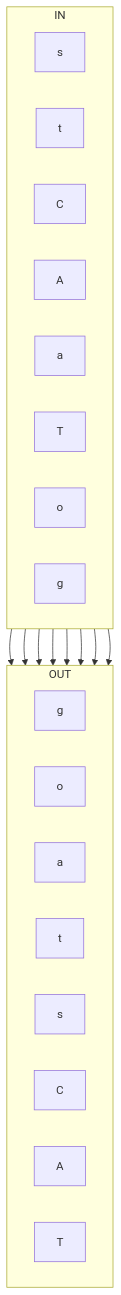
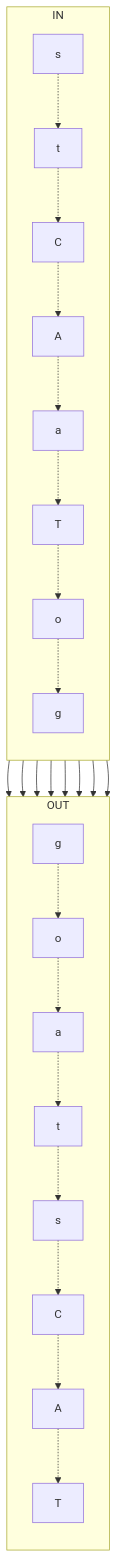
The third of 4 diagrams in README.md (clairexen/edu-sag), drawn with Mermaid before and after one commit. The commit also changed other lines of this file, not shown here.

Commit message:
Fix letter mapping diagram

````diff
--- a/README.md
+++ b/README.md
@@ -63,33 +63,49 @@
 ```mermaid
 flowchart TB
+    %% Keep input letters in order using invisible edges
     subgraph IN
-        direction LR
+        direction TB
         I1[s]
         I2[t]
         I3[C]
         I4[A]
         I5[a]
         I6[T]
         I7[o]
         I8[g]
+        I1 -.-> I2
+        I2 -.-> I3
+        I3 -.-> I4
+        I4 -.-> I5
+        I5 -.-> I6
+        I6 -.-> I7
+        I7 -.-> I8
     end
+    %% Keep outputs pinned as well
     subgraph OUT
-        direction LR
+        direction TB
         O1[g]
         O2[o]
         O3[a]
         O4[t]
         O5[s]
         O6[C]
         O7[A]
         O8[T]
+        O1 -.-> O2
+        O2 -.-> O3
+        O3 -.-> O4
+        O4 -.-> O5
+        O5 -.-> O6
+        O6 -.-> O7
+        O7 -.-> O8
     end
     I1 --> O5
     I2 --> O4
     I3 --> O6
     I4 --> O7
     I5 --> O3
     I6 --> O8
     I7 --> O2
     I8 --> O1
 ```
````
